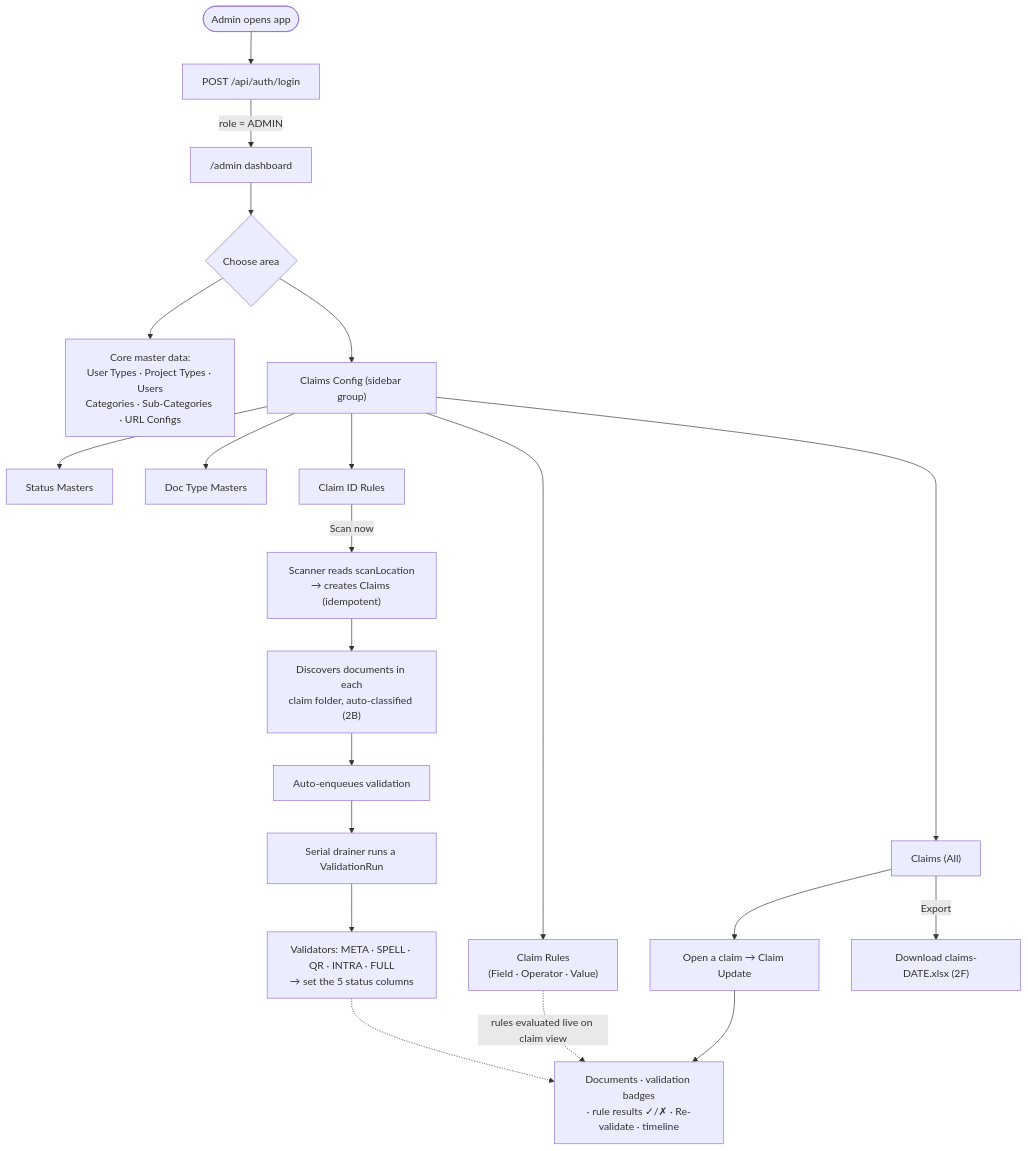
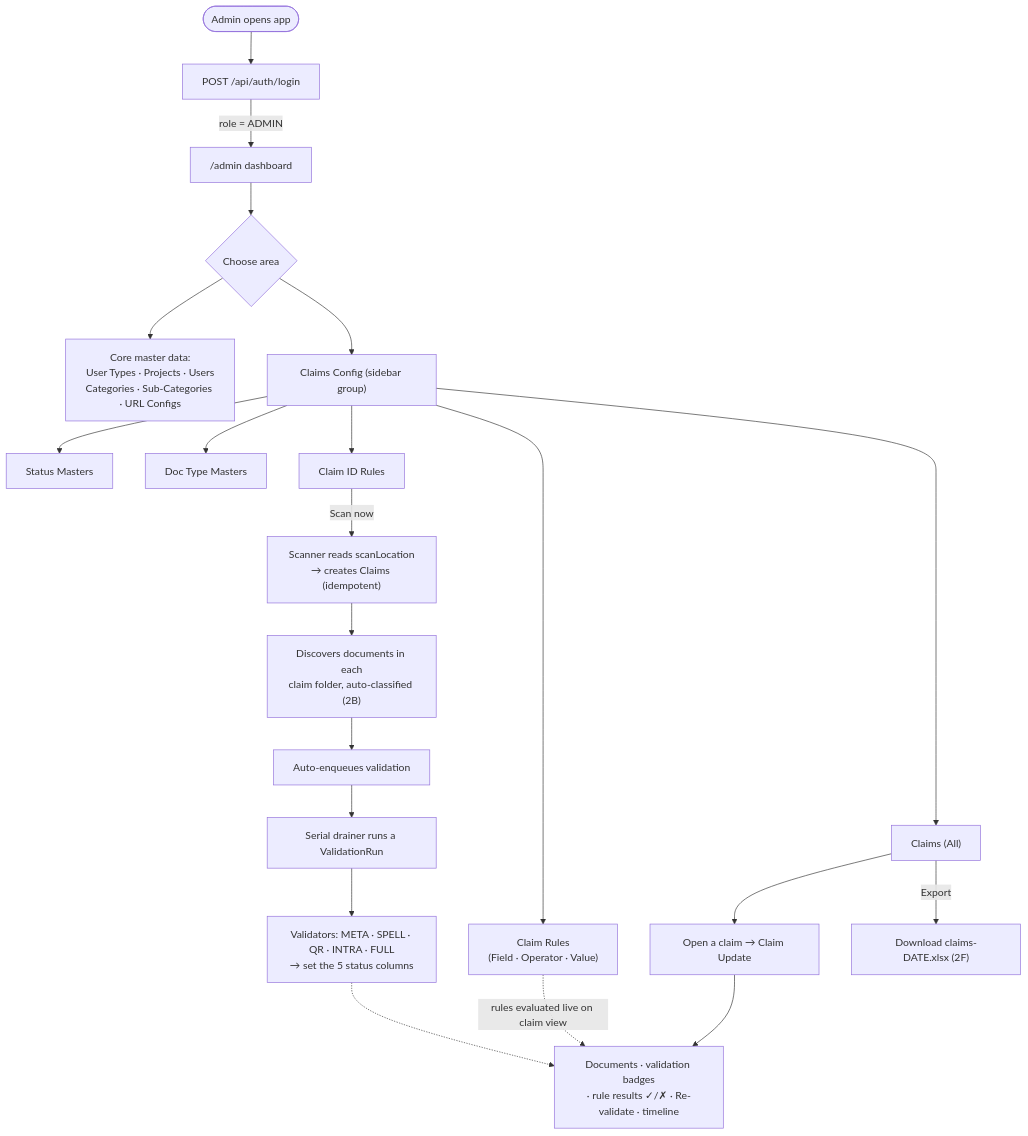
One commit to adityakdevin/proxyURLApp changed the first of 2 diagrams in docs/flows.md. Above: the diagram before and after it, drawn with Mermaid. The commit also changed other lines of this file and 105 other files, not shown here.

First line of the commit message:
refactor: update proxy and session services to use projectId instead of userTypeId and projectTypeId

````diff
--- a/docs/flows.md
+++ b/docs/flows.md
@@ -12,33 +12,33 @@
 ```mermaid
 flowchart TD
   Start(["Admin opens app"]) --> Login["POST /api/auth/login"]
   Login -->|"role = ADMIN"| Dash["/admin dashboard"]
   Dash --> Pick{"Choose area"}
 
   %% Proxy / core master data
-  Pick --> Core["Core master data:<br/>User Types · Project Types · Users<br/>Categories · Sub-Categories · URL Configs"]
+  Pick --> Core["Core master data:<br/>User Types · Projects · Users<br/>Categories · Sub-Categories · URL Configs"]
 
   %% Claims configuration
   Pick --> CC["Claims Config (sidebar group)"]
   CC --> SM["Status Masters"]
   CC --> DT["Doc Type Masters"]
   CC --> CIR["Claim ID Rules"]
   CC --> CR["Claim Rules<br/>(Field · Operator · Value)"]
   CC --> CA["Claims (All)"]
 
   %% Ingestion pipeline (2A + 2B)
   CIR -->|"Scan now"| Scan["Scanner reads scanLocation<br/>→ creates Claims (idempotent)"]
   Scan --> Docs["Discovers documents in each<br/>claim folder, auto-classified (2B)"]
   Docs --> AutoVal["Auto-enqueues validation"]
 
   %% Validation (2C)
   AutoVal --> Drain["Serial drainer runs a ValidationRun"]
   Drain --> Vals["Validators: META · SPELL · QR · INTRA · FULL<br/>→ set the 5 status columns"]
 
   %% Review + rules + export
   CA --> View["Open a claim → Claim Update"]
   View --> Detail["Documents · validation badges<br/>· rule results ✓/✗ · Re-validate · timeline"]
   CR -.->|"rules evaluated live on claim view"| Detail
   Vals -.-> Detail
   CA -->|"Export"| Xlsx["Download claims-DATE.xlsx (2F)"]
 ```
````
